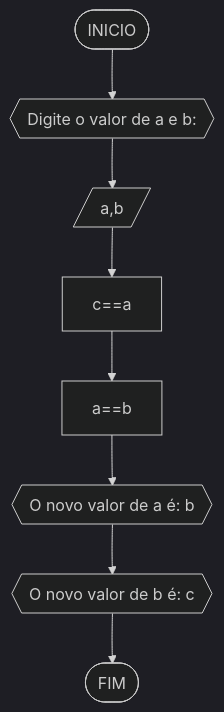
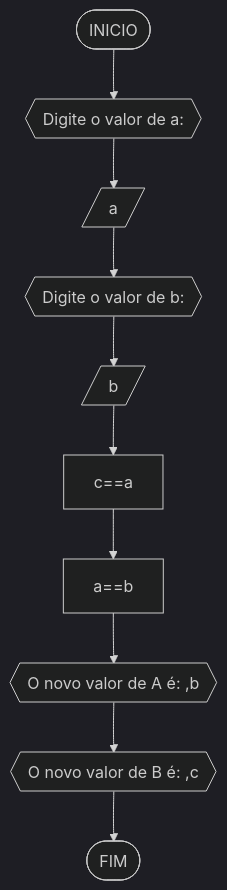
The first of 7 diagrams in rra/Unidade1/AD1.md (sdiogenes/unifor), drawn with Mermaid (dark theme) before and after one commit.

````diff
--- a/rra/Unidade1/AD1.md
+++ b/rra/Unidade1/AD1.md
@@ -45,10 +45,12 @@
 ```mermaid
 flowchart TD
-A([INICIO]) --> B{{"Digite o valor de a e b: "}}
-B --> C[/a,b/]
-C --> D[c==a]
-D --> E[a==b]
-E --> F{{"O novo valor de a é: " b}}
-F --> G{{"O novo valor de b é: " c}}
-G --> H([FIM])
+A([INICIO]) --> B{{"Digite o valor de a: "}}
+B --> C[/a/]
+C --> D{{"Digite o valor de b: "}}
+D --> E[/b/]
+E --> F[c==a]
+F --> G[a==b]
+G --> H{{"O novo valor de A é: ",b}}
+H --> I{{"O novo valor de B é: ",c}}
+I --> J([FIM])
 ```
````
